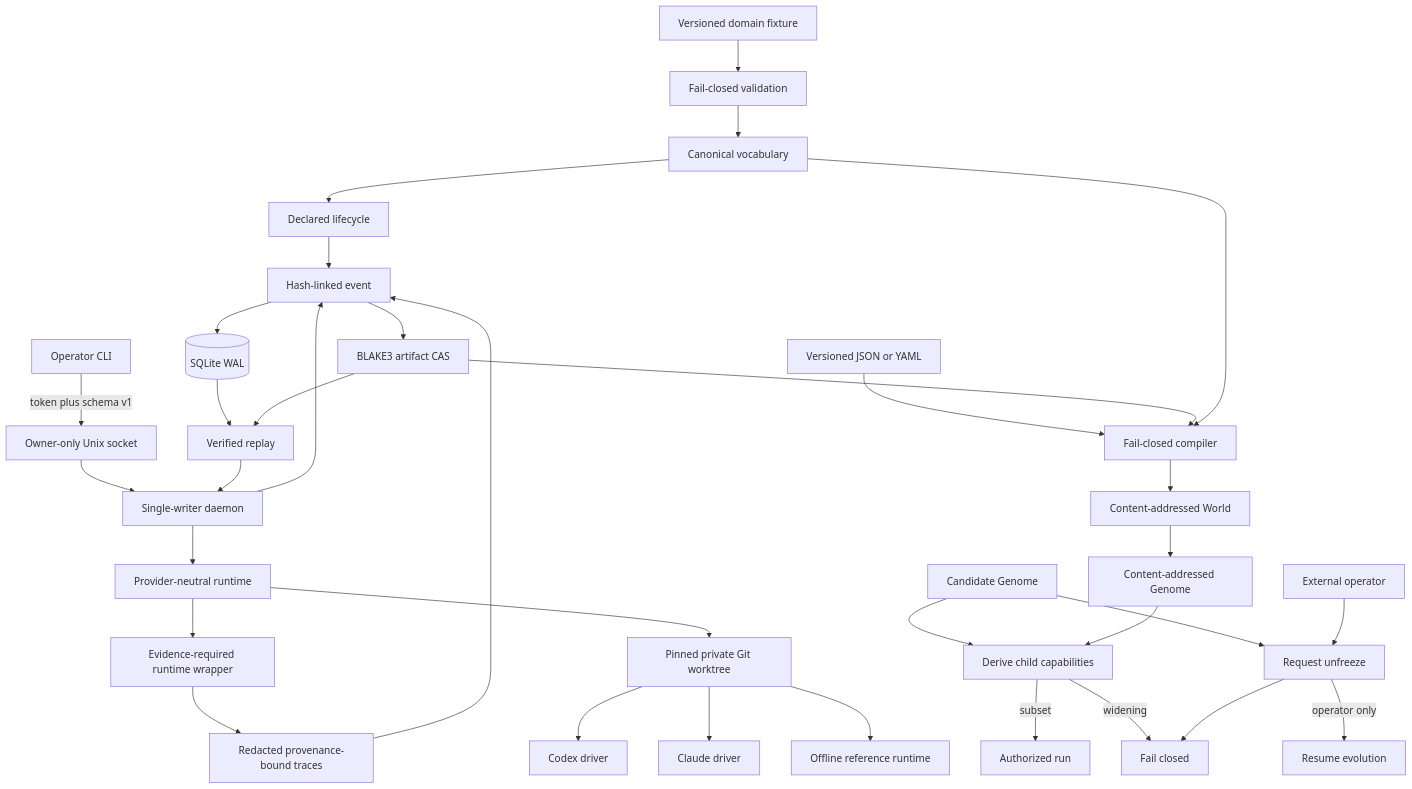
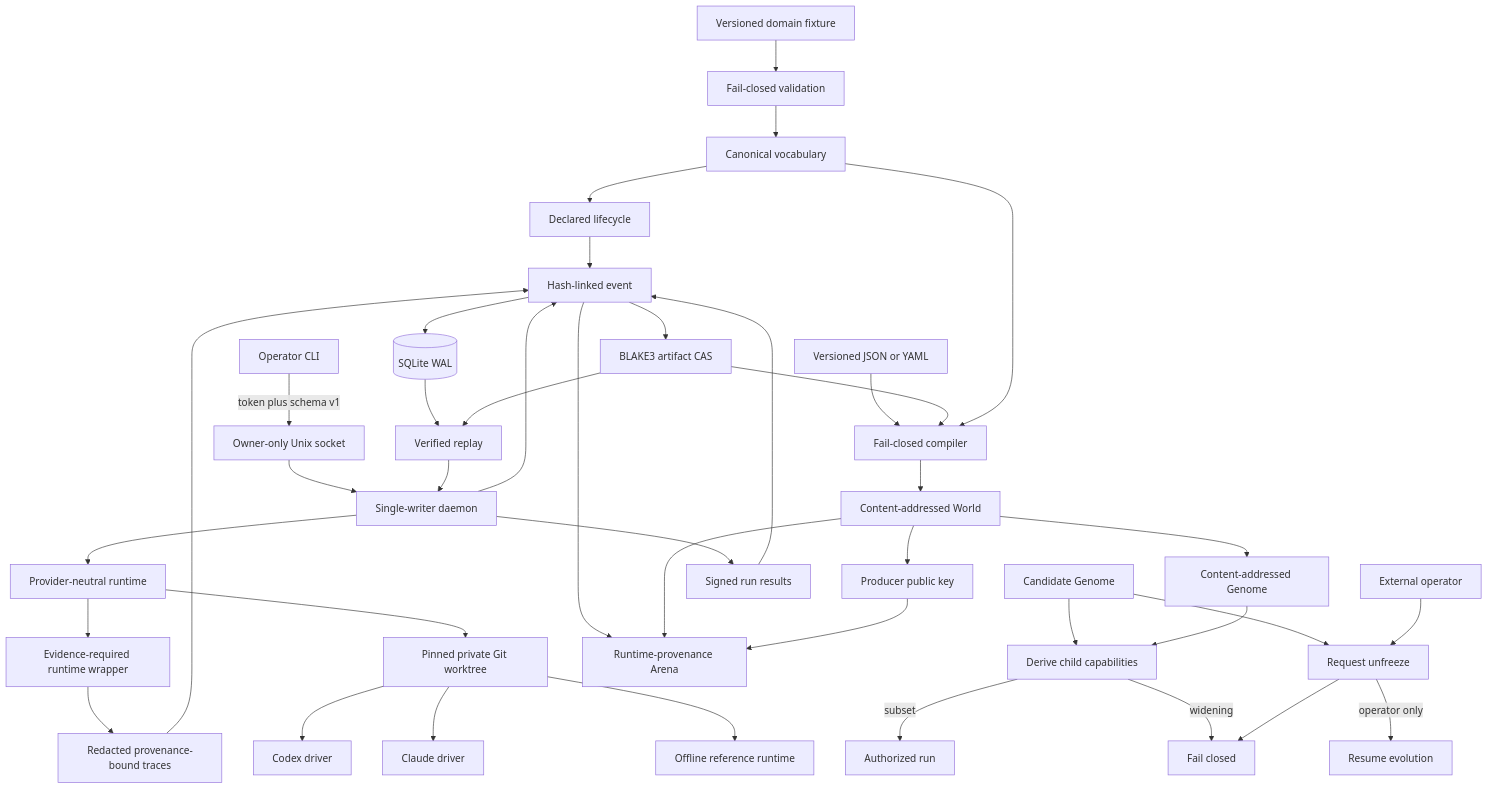
One commit to randyren278/Hephaestus changed the diagram in docs/ARCHITECTURE.md. Above: the diagram before and after it, drawn with Mermaid. The commit also changed other lines of this file and 33 other files, not shown here.

````diff
--- a/docs/ARCHITECTURE.md
+++ b/docs/ARCHITECTURE.md
@@ -5,36 +5,42 @@
 ```mermaid
 flowchart TD
     Candidate[Candidate Genome] --> Derive[Derive child capabilities]
     Derive -->|subset| Run[Authorized run]
     Derive -->|widening| Deny[Fail closed]
     Candidate --> Unfreeze[Request unfreeze]
     Unfreeze --> Deny
     Operator[External operator] --> Unfreeze
     Unfreeze -->|operator only| Resume[Resume evolution]
     Fixture[Versioned domain fixture] --> Validate[Fail-closed validation]
     Validate --> Vocabulary[Canonical vocabulary]
     Vocabulary --> Lifecycle[Declared lifecycle]
     Lifecycle --> Event[Hash-linked event]
     Event --> SQLite[(SQLite WAL)]
     Event --> CAS[BLAKE3 artifact CAS]
     SQLite --> Replay[Verified replay]
     CAS --> Replay
     Source[Versioned JSON or YAML] --> Compile[Fail-closed compiler]
     CAS --> Compile
     Vocabulary --> Compile
     Compile --> World[Content-addressed World]
     World --> Genome[Content-addressed Genome]
     Genome --> Derive
     CLI[Operator CLI] -->|token plus schema v1| Socket[Owner-only Unix socket]
     Socket --> Daemon[Single-writer daemon]
     Daemon --> Event
     Replay --> Daemon
     Daemon --> Runtime[Provider-neutral runtime]
     Runtime --> Recorded[Evidence-required runtime wrapper]
     Recorded --> Experience[Redacted provenance-bound traces]
     Experience --> Event
+    Event --> Arena[Runtime-provenance Arena]
+    World --> Arena
+    Daemon --> Signed[Signed run results]
+    Signed --> Event
+    World --> Verifier[Producer public key]
+    Verifier --> Arena
     Runtime --> Sandbox[Pinned private Git worktree]
     Sandbox --> Codex[Codex driver]
     Sandbox --> Claude[Claude driver]
     Sandbox --> Reference[Offline reference runtime]
 ```
````
